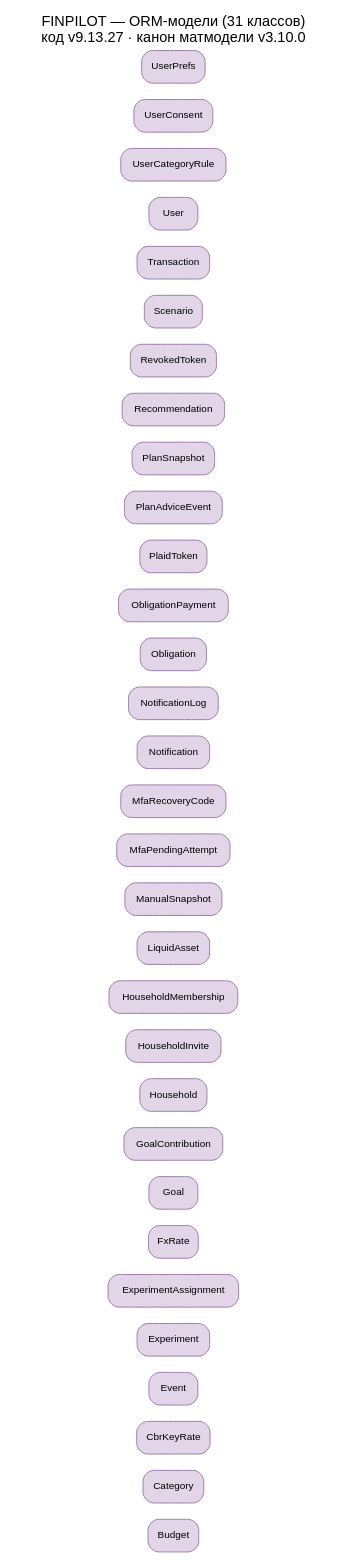
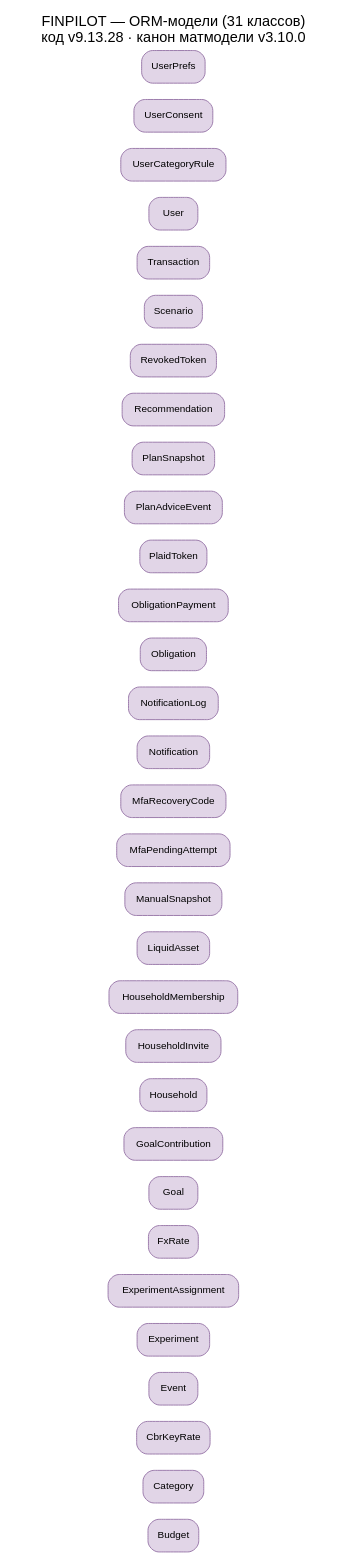
The diagram in docs/diagrams/src/11_uml_class.dot (vevdokimovm/personal-finance-dss), drawn with Graphviz before and after one commit. The commit also changed 43 other files, not shown here.

Commit message:
personal-finance-dss v9.13.28 — превью у всех диаграмм, README актуализирован, добавлены схемы и лого

```diff
--- a/docs/diagrams/src/11_uml_class.dot
+++ b/docs/diagrams/src/11_uml_class.dot
@@ -1,37 +1,37 @@
 digraph uml {
   graph [rankdir=LR, fontname="Helvetica", labelloc=t, fontsize=16,
-         label="FINPILOT — ORM-модели (31 классов)\nкод v9.13.27 · канон матмодели v3.10.0", nodesep=0.25, ranksep=0.8];
+         label="FINPILOT — ORM-модели (31 классов)\nкод v9.13.28 · канон матмодели v3.10.0", nodesep=0.25, ranksep=0.8];
   node [shape=box, style="rounded,filled", fillcolor="#e1d5e7",
         color="#9673a6", fontname="Helvetica", fontsize=11];
   "Budget";
   "Category";
   "CbrKeyRate";
   "Event";
   "Experiment";
   "ExperimentAssignment";
   "FxRate";
   "Goal";
   "GoalContribution";
   "Household";
   "HouseholdInvite";
   "HouseholdMembership";
   "LiquidAsset";
   "ManualSnapshot";
   "MfaPendingAttempt";
   "MfaRecoveryCode";
   "Notification";
   "NotificationLog";
   "Obligation";
   "ObligationPayment";
   "PlaidToken";
   "PlanAdviceEvent";
   "PlanSnapshot";
   "Recommendation";
   "RevokedToken";
   "Scenario";
   "Transaction";
   "User";
   "UserCategoryRule";
   "UserConsent";
   "UserPrefs";
 }
```
